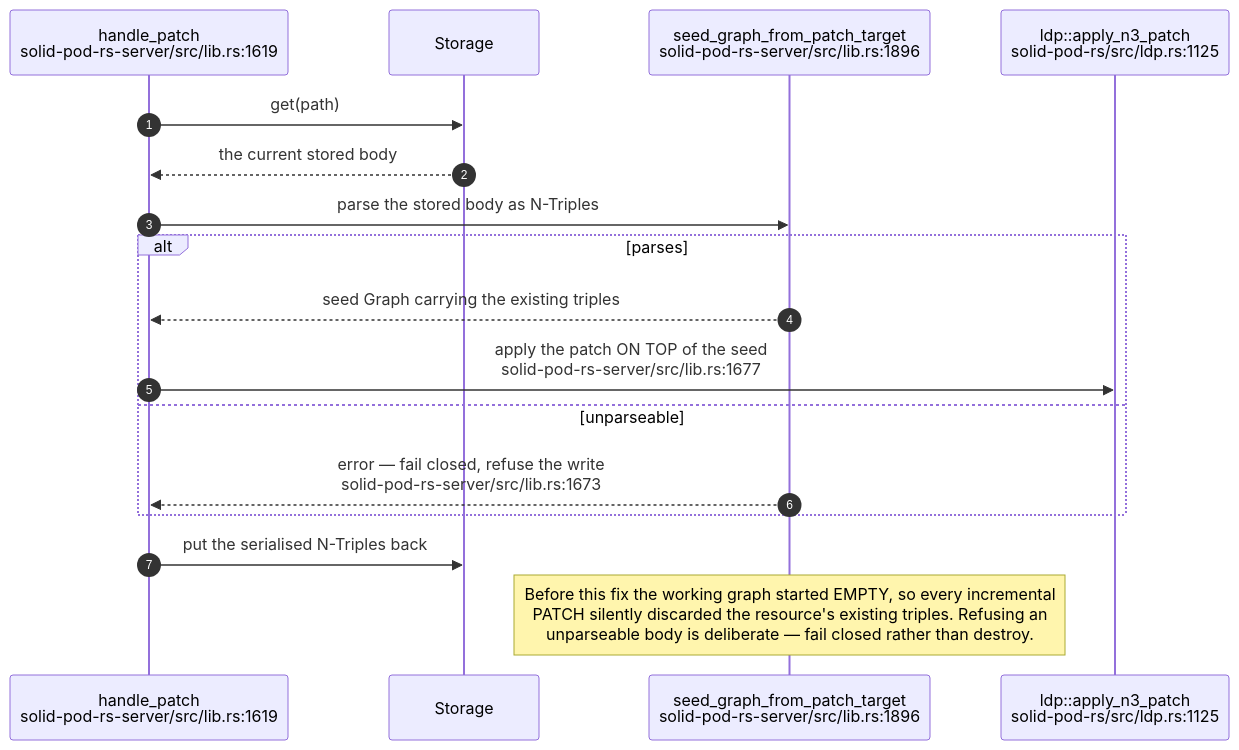
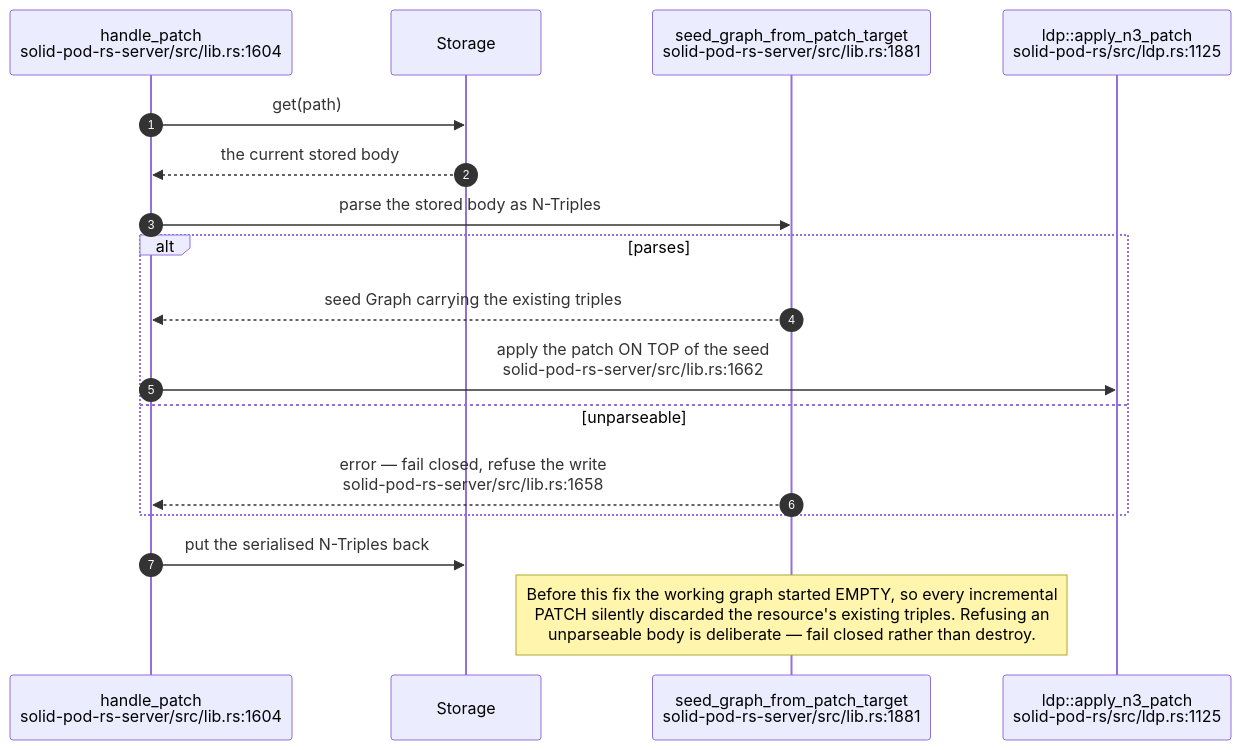
Before and after one commit to DreamLab-AI/VisionFlow: the sixth of 11 diagrams in docs/diagrams/solid-pod-rs/03-ldp-request-lifecycle.md, drawn with Mermaid. The commit also changed other lines of this file and 21 other files, not shown here.

Commit message:
docs(diagrams): refresh first verified estate batch

````diff
--- a/docs/diagrams/solid-pod-rs/03-ldp-request-lifecycle.md
+++ b/docs/diagrams/solid-pod-rs/03-ldp-request-lifecycle.md
@@ -192,20 +192,20 @@
 ```mermaid
 sequenceDiagram
     autonumber
-    participant P as handle_patch<br/>solid-pod-rs-server/src/lib.rs:1619
+    participant P as handle_patch<br/>solid-pod-rs-server/src/lib.rs:1604
     participant S as Storage
-    participant SG as seed_graph_from_patch_target<br/>solid-pod-rs-server/src/lib.rs:1896
+    participant SG as seed_graph_from_patch_target<br/>solid-pod-rs-server/src/lib.rs:1881
     participant AP as ldp::apply_n3_patch<br/>solid-pod-rs/src/ldp.rs:1125
 
     P->>S: get(path)
     S-->>P: the current stored body
     P->>SG: parse the stored body as N-Triples
     alt parses
         SG-->>P: seed Graph carrying the existing triples
-        P->>AP: apply the patch ON TOP of the seed<br/>solid-pod-rs-server/src/lib.rs:1677
+        P->>AP: apply the patch ON TOP of the seed<br/>solid-pod-rs-server/src/lib.rs:1662
     else unparseable
-        SG-->>P: error — fail closed, refuse the write<br/>solid-pod-rs-server/src/lib.rs:1673
+        SG-->>P: error — fail closed, refuse the write<br/>solid-pod-rs-server/src/lib.rs:1658
     end
     P->>S: put the serialised N-Triples back
     Note over SG: Before this fix the working graph started EMPTY, so every incremental<br/>PATCH silently discarded the resource's existing triples. Refusing an<br/>unparseable body is deliberate — fail closed rather than destroy.
 ```
````
